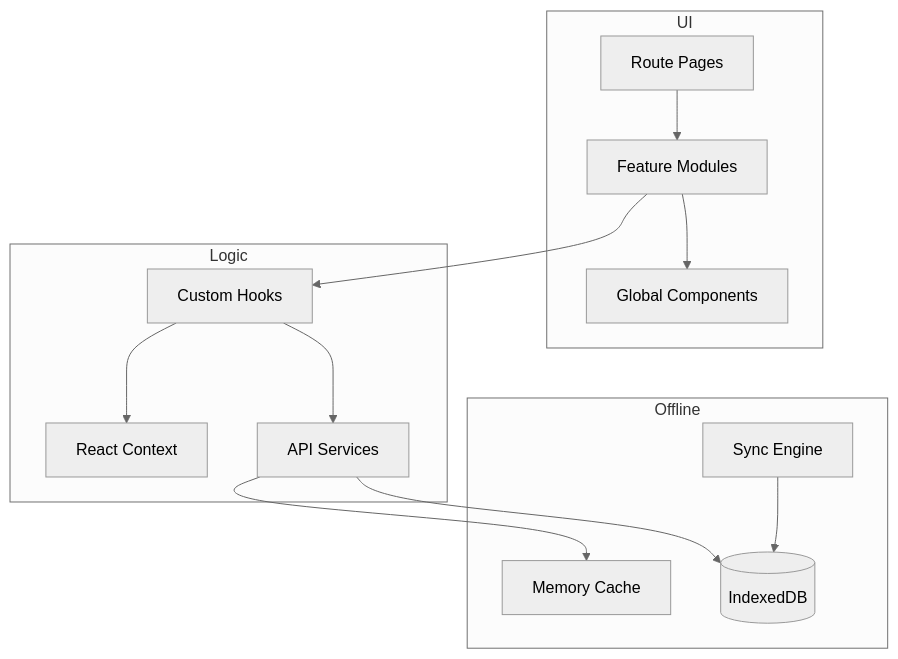
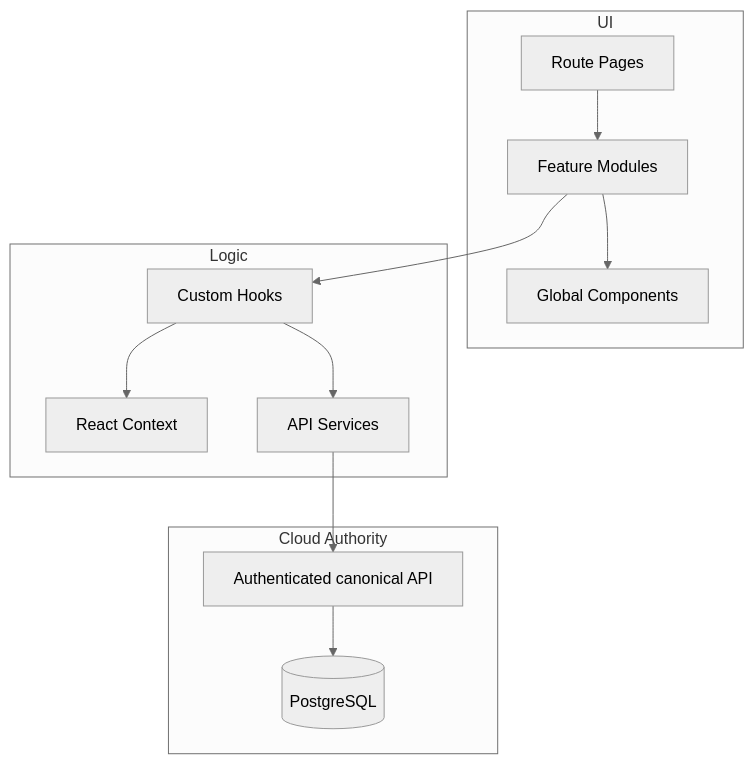
One commit to vikasgargbear/production-infra changed the diagram in docs/frontend/README.md. Above: the diagram before and after it, drawn with Mermaid (neutral theme). The commit also changed other lines of this file and 21 other files, not shown here.

````diff
--- a/docs/frontend/README.md
+++ b/docs/frontend/README.md
@@ -70,29 +68,27 @@
 ```mermaid
 graph TB
     subgraph UI
         Pages[Route Pages]
         Modules[Feature Modules]
         Global[Global Components]
     end
     
     subgraph Logic
         Hooks[Custom Hooks]
         Context[React Context]
         Services[API Services]
     end
     
-    subgraph Offline
-        Cache[Memory Cache]
-        IDB[(IndexedDB)]
-        Sync[Sync Engine]
+    subgraph Cloud Authority
+        API[Authenticated canonical API]
+        DB[(PostgreSQL)]
     end
     
     Pages --> Modules
     Modules --> Global
     Modules --> Hooks
     Hooks --> Context
     Hooks --> Services
-    Services --> Cache
-    Services --> IDB
-    Sync --> IDB
+    Services --> API
+    API --> DB
 ```
````
